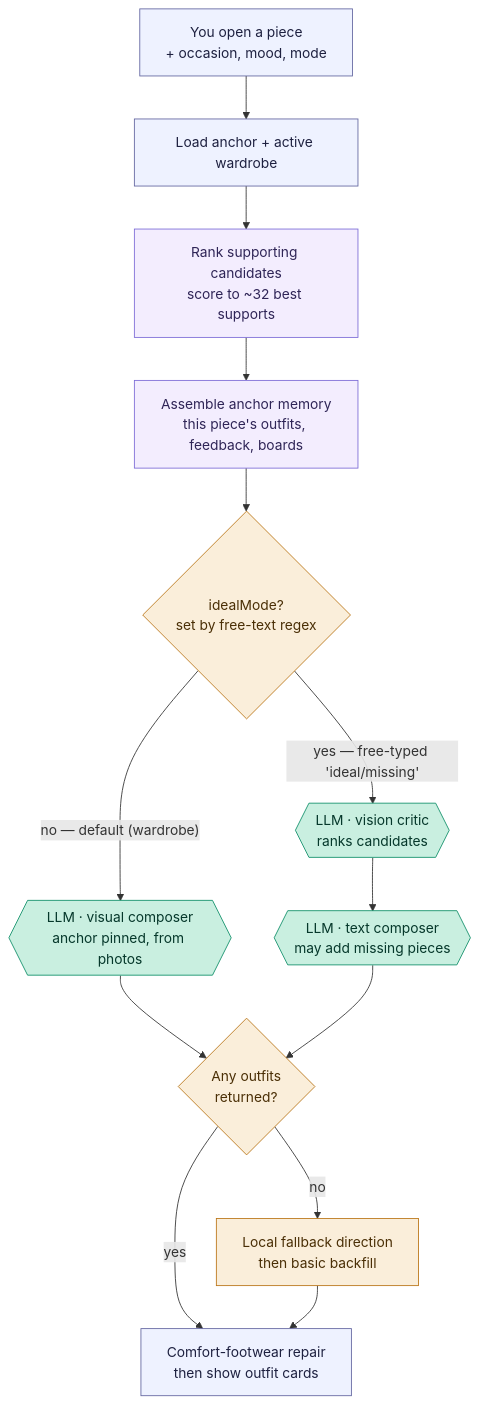
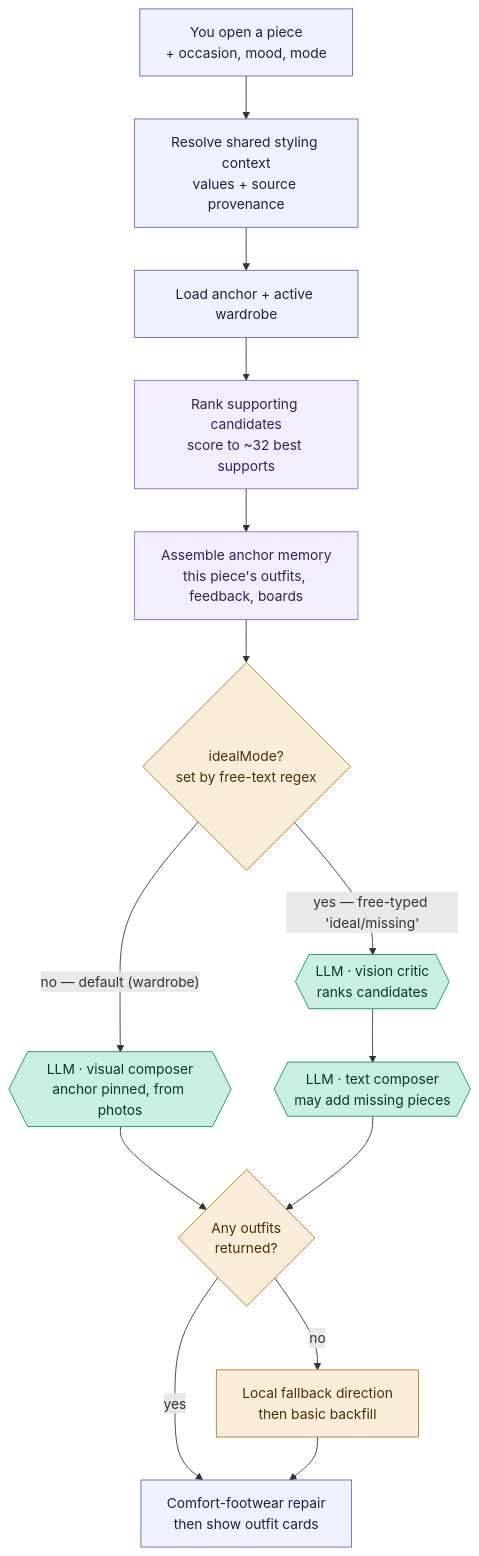
Before and after one commit to yunap/closet: the diagram in docs/flows/selected-piece-composer.md, drawn with Mermaid. The commit also changed other lines of this file and 11 other files, not shown here.

Commit message:
Consolidate styling context ownership

````diff
--- a/docs/flows/selected-piece-composer.md
+++ b/docs/flows/selected-piece-composer.md
@@ -24,22 +27,23 @@
 ```mermaid
 flowchart TD
-    A["You open a piece<br/>+ occasion, mood, mode"] --> B["Load anchor + active wardrobe"]
+    A["You open a piece<br/>+ occasion, mood, mode"] --> X["Resolve shared styling context<br/>values + source provenance"]
+    X --> B["Load anchor + active wardrobe"]
     B --> C["Rank supporting candidates<br/>score to ~32 best supports"]
     C --> D["Assemble anchor memory<br/>this piece's outfits, feedback, boards"]
     D --> M{"idealMode?<br/>set by free-text regex"}
     M -->|"no — default (wardrobe)"| E{{"LLM · visual composer<br/>anchor pinned, from photos"}}
     M -->|"yes — free-typed 'ideal/missing'"| V{{"LLM · vision critic<br/>ranks candidates"}} --> E2{{"LLM · text composer<br/>may add missing pieces"}}
     E --> F{"Any outfits<br/>returned?"}
     E2 --> F
     F -->|yes| R["Comfort-footwear repair<br/>then show outfit cards"]
     F -->|no| G["Local fallback direction<br/>then basic backfill"] --> R
 
     classDef app fill:#eef2ff,stroke:#6366a0,color:#1e2140;
     classDef rules fill:#f3edfe,stroke:#7c6bd6,color:#2f2557;
     classDef model fill:#c9efe0,stroke:#0f8f68,color:#06382b;
     classDef check fill:#faeeda,stroke:#ba7517,color:#4a2f06;
-    class A,B,R app;
+    class A,X,B,R app;
     class C,D rules;
     class E,V,E2 model;
     class M,F,G check;
 ```
````
